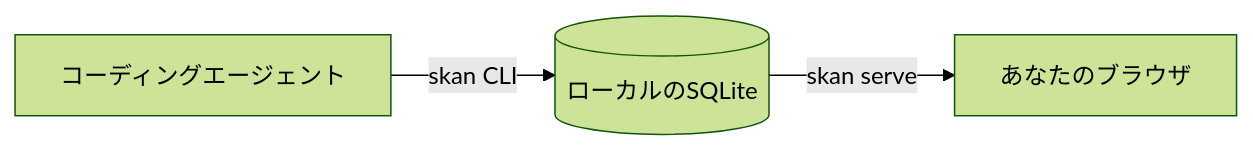
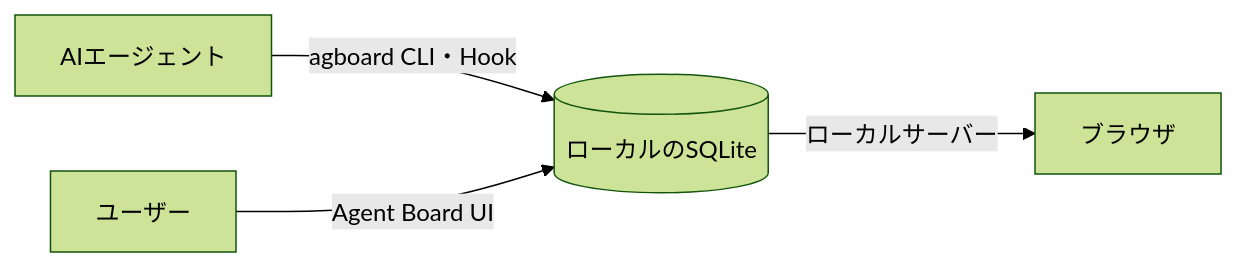
One commit to FooQoo/agent-board changed the diagram in README.ja.md. Above: the diagram before and after it, drawn with Mermaid (forest theme). The commit also changed other lines of this file and 115 other files, not shown here.

Commit message:
feat: pivot SimpleKanban to Agent Board workflow

````diff
--- a/README.ja.md
+++ b/README.ja.md
@@ -29,5 +29,6 @@
 ```mermaid
 flowchart LR
-    A["コーディングエージェント"] -- "skan CLI" --> D[("ローカルのSQLite")]
-    D -- "skan serve" --> B["あなたのブラウザ"]
+    A["AIエージェント"] -- "agboard CLI・Hook" --> D[("ローカルのSQLite")]
+    U["ユーザー"] -- "Agent Board UI" --> D
+    D -- "ローカルサーバー" --> B["ブラウザ"]
 ```
````
